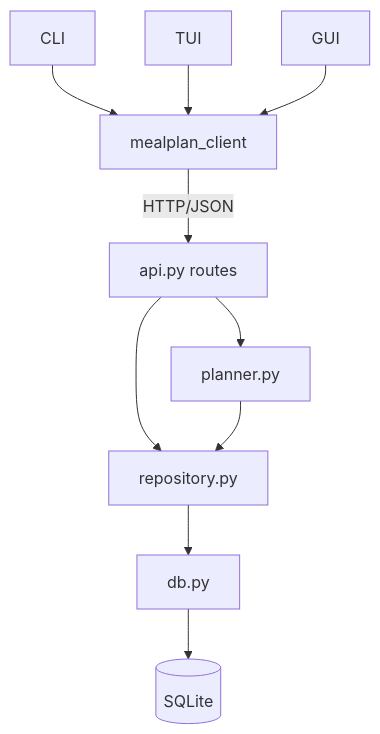
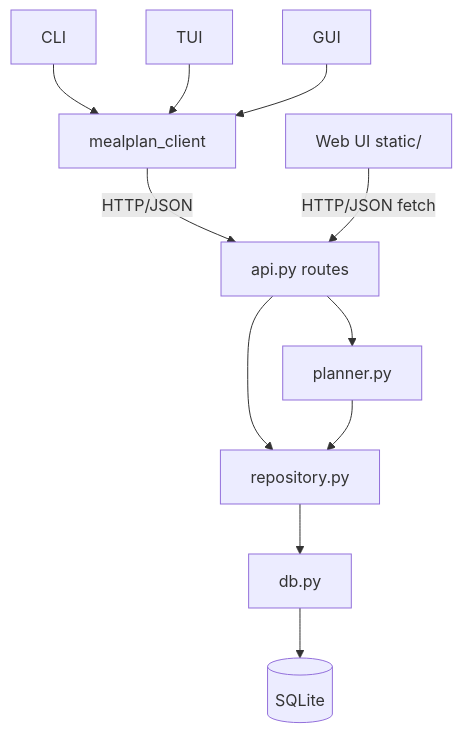
One commit to cpin28/-finalproject--cpin28 changed the diagram in docs/diagrams/components.mmd. Above: the diagram before and after it, drawn with Mermaid. The commit also changed 7 other files, not shown here.

First line of the commit message:
Add web client: browser SPA served by the API

```diff
--- a/docs/diagrams/components.mmd
+++ b/docs/diagrams/components.mmd
@@ -1,20 +1,22 @@
 graph TD
     CLI[CLI]
     TUI[TUI]
     GUI[GUI]
+    WEB[Web UI static/]
     LIB[mealplan_client]
     API[api.py routes]
     PLAN[planner.py]
     REPO[repository.py]
     DB[db.py]
     SQLITE[(SQLite)]
 
     CLI --> LIB
     TUI --> LIB
     GUI --> LIB
     LIB -->|HTTP/JSON| API
+    WEB -->|HTTP/JSON fetch| API
     API --> PLAN
     API --> REPO
     PLAN --> REPO
     REPO --> DB
     DB --> SQLITE
```
